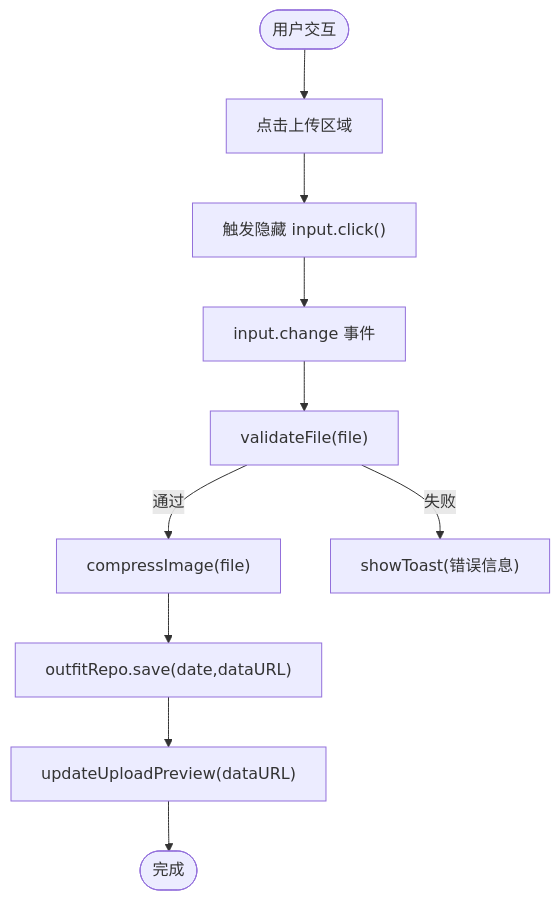
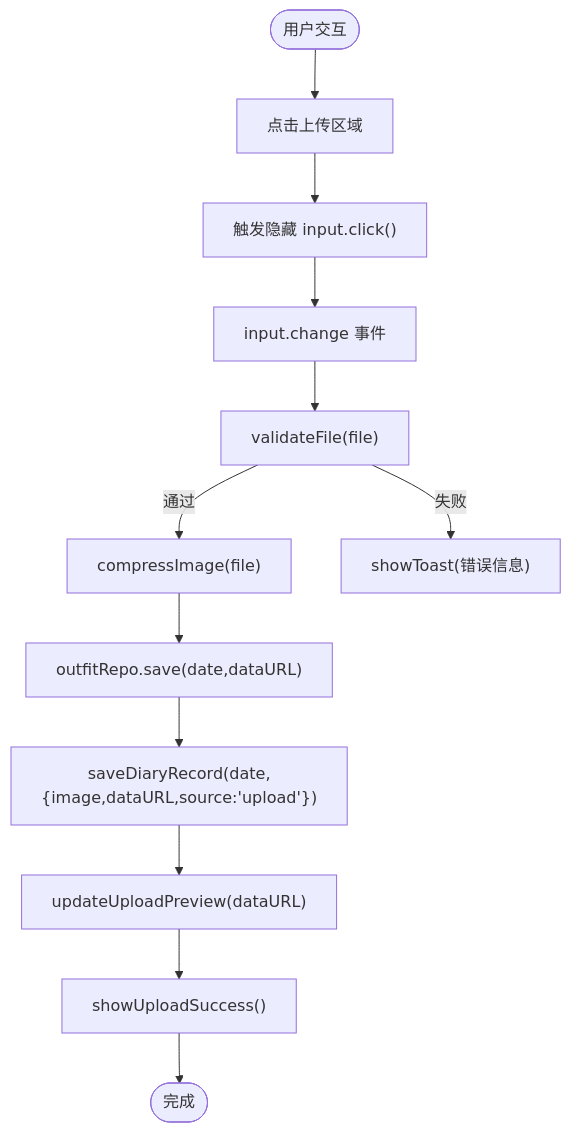
Before and after one commit to jeankeim/wuxing-fashion: the fourth of 5 diagrams in .qoder/repowiki/zh/content/控制器系统/上传功能控制器.md, drawn with Mermaid. The commit also changed other lines of this file and 27 other files, not shown here.

````diff
--- a/.qoder/repowiki/zh/content/控制器系统/上传功能控制器.md
+++ b/.qoder/repowiki/zh/content/控制器系统/上传功能控制器.md
@@ -185,12 +219,14 @@
 ```mermaid
 flowchart TD
 Start(["用户交互"]) --> Click["点击上传区域"]
 Click --> Trigger["触发隐藏 input.click()"]
 Trigger --> Change["input.change 事件"]
 Change --> Validate["validateFile(file)"]
 Validate --> |通过| Compress["compressImage(file)"]
 Validate --> |失败| Toast["showToast(错误信息)"]
 Compress --> Save["outfitRepo.save(date,dataURL)"]
-Save --> Preview["updateUploadPreview(dataURL)"]
-Preview --> End(["完成"])
+Save --> Sync["saveDiaryRecord(date,{image,dataURL,source:'upload'})"]
+Sync --> Preview["updateUploadPreview(dataURL)"]
+Preview --> Success["showUploadSuccess()"]
+Success --> End(["完成"])
 ```
````
